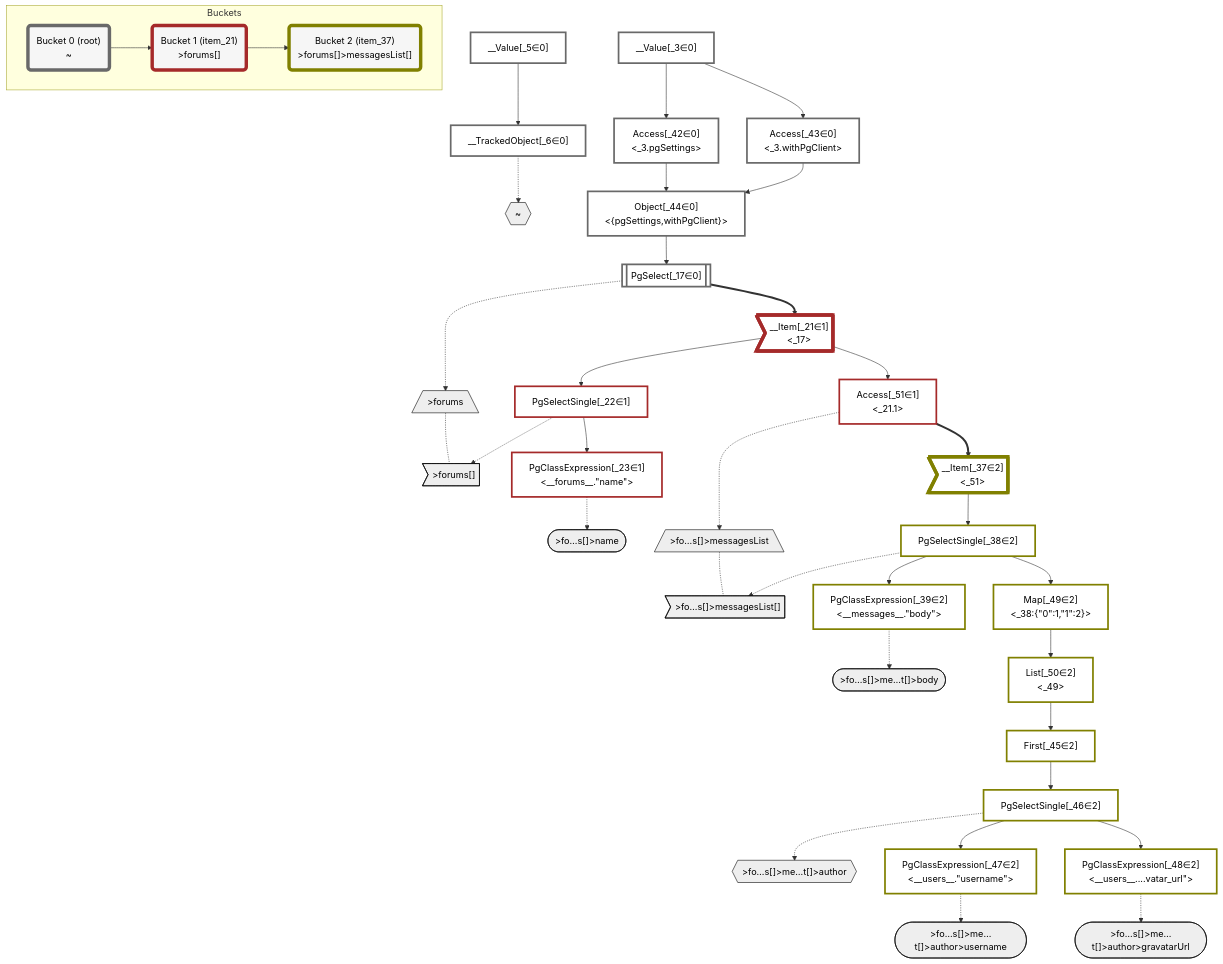
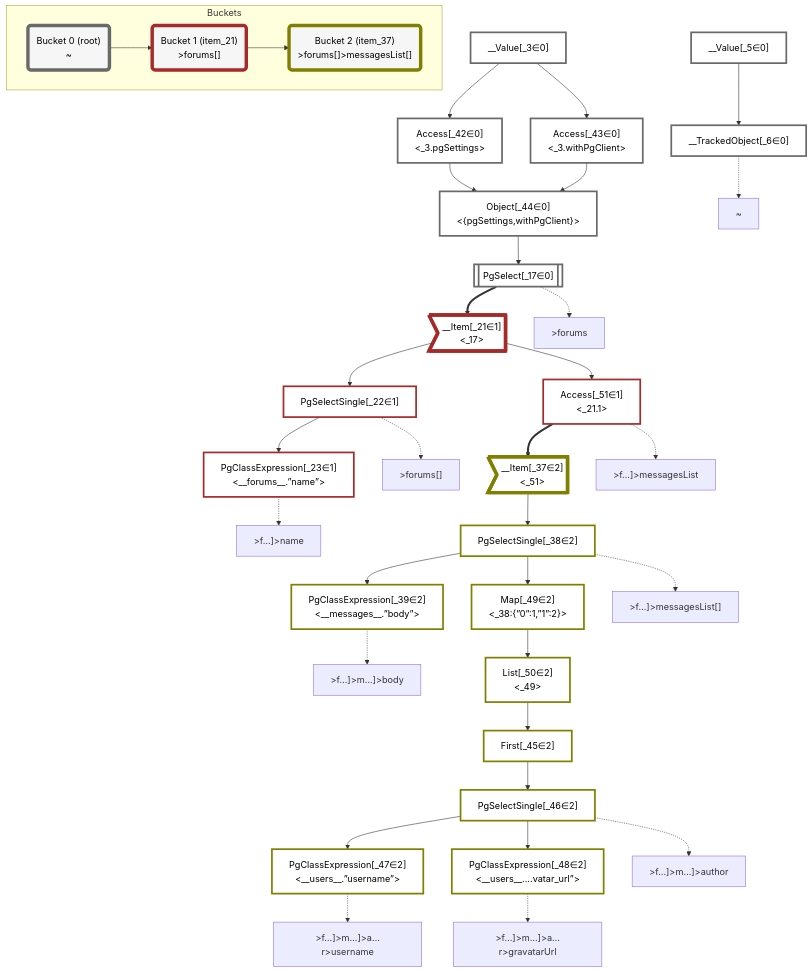
Before and after one commit to graphile/crystal: the diagram in packages/dataplan-pg/__tests__/queries/conditions/include-all-archived.mermaid.md, drawn with Mermaid. The commit also changed 195 other files, not shown here.

```diff
--- a/packages/dataplan-pg/__tests__/queries/conditions/include-all-archived.mermaid.md
+++ b/packages/dataplan-pg/__tests__/queries/conditions/include-all-archived.mermaid.md
@@ -6,27 +6,6 @@
     classDef sideeffectplan fill:#f00,stroke-width:6px,color:#000
     classDef bucket fill:#f6f6f6,color:#000,stroke-width:6px
 
-    %% subgraph fields
-    P1{{"~"}}:::path
-    P2[/">forums"\]:::path
-    P3>">forums[]"]:::path
-    P2 -.- P3
-    P4([">fo…s[]>name"]):::path
-    %% P3 -.-> P4
-    P5[/">fo…s[]>messagesList"\]:::path
-    P6>">fo…s[]>messagesList[]"]:::path
-    P5 -.- P6
-    P7([">fo…s[]>me…t[]>body"]):::path
-    %% P6 -.-> P7
-    P8{{">fo…s[]>me…t[]>author"}}:::path
-    P9([">fo…s[]>me…t[]>author>username"]):::path
-    %% P8 -.-> P9
-    P10([">fo…s[]>me…t[]>author>gravatarUrl"]):::path
-    %% P8 -.-> P10
-    %% P6 -.-> P8
-    %% P3 -.-> P5
-    %% P1 -.-> P2
-    %% end
 
     %% define plans
     __Value_3["__Value[_3∈0]<br /><context>"]:::plan
@@ -35,18 +14,18 @@
     PgSelect_17[["PgSelect[_17∈0]<br /><forums>"]]:::plan
     __Item_21>"__Item[_21∈1]<br /><_17>"]:::itemplan
     PgSelectSingle_22["PgSelectSingle[_22∈1]<br /><forums>"]:::plan
-    PgClassExpression_23["PgClassExpression[_23∈1]<br /><__forums__.#quot;name#quot;>"]:::plan
+    PgClassExpression_23["PgClassExpression[_23∈1]<br /><__forums__.”name”>"]:::plan
     __Item_37>"__Item[_37∈2]<br /><_51>"]:::itemplan
     PgSelectSingle_38["PgSelectSingle[_38∈2]<br /><messages>"]:::plan
-    PgClassExpression_39["PgClassExpression[_39∈2]<br /><__messages__.#quot;body#quot;>"]:::plan
+    PgClassExpression_39["PgClassExpression[_39∈2]<br /><__messages__.”body”>"]:::plan
     Access_42["Access[_42∈0]<br /><_3.pgSettings>"]:::plan
     Access_43["Access[_43∈0]<br /><_3.withPgClient>"]:::plan
     Object_44["Object[_44∈0]<br /><{pgSettings,withPgClient}>"]:::plan
     First_45["First[_45∈2]"]:::plan
     PgSelectSingle_46["PgSelectSingle[_46∈2]<br /><users>"]:::plan
-    PgClassExpression_47["PgClassExpression[_47∈2]<br /><__users__.#quot;username#quot;>"]:::plan
-    PgClassExpression_48["PgClassExpression[_48∈2]<br /><__users__....vatar_url#quot;>"]:::plan
-    Map_49["Map[_49∈2]<br /><_38:{#quot;0#quot;:1,#quot;1#quot;:2}>"]:::plan
+    PgClassExpression_47["PgClassExpression[_47∈2]<br /><__users__.”username”>"]:::plan
+    PgClassExpression_48["PgClassExpression[_48∈2]<br /><__users__....vatar_url”>"]:::plan
+    Map_49["Map[_49∈2]<br /><_38:{”0”:1,”1”:2}>"]:::plan
     List_50["List[_50∈2]<br /><_49>"]:::plan
     Access_51["Access[_51∈1]<br /><_21.1>"]:::plan
 
@@ -72,15 +51,25 @@
     __Item_21 --> Access_51
 
     %% plan-to-path relationships
+    P1["~"]
     __TrackedObject_6 -.-> P1
+    P2[">forums"]
     PgSelect_17 -.-> P2
+    P3[">forums[]"]
     PgSelectSingle_22 -.-> P3
+    P4[">f…]>name"]
     PgClassExpression_23 -.-> P4
+    P5[">f…]>messagesList"]
     Access_51 -.-> P5
+    P6[">f…]>messagesList[]"]
     PgSelectSingle_38 -.-> P6
+    P7[">f…]>m…]>body"]
     PgClassExpression_39 -.-> P7
+    P8[">f…]>m…]>author"]
     PgSelectSingle_46 -.-> P8
+    P9[">f…]>m…]>a…r>username"]
     PgClassExpression_47 -.-> P9
+    P10[">f…]>m…]>a…r>gravatarUrl"]
     PgClassExpression_48 -.-> P10
 
     %% allocate buckets
```
